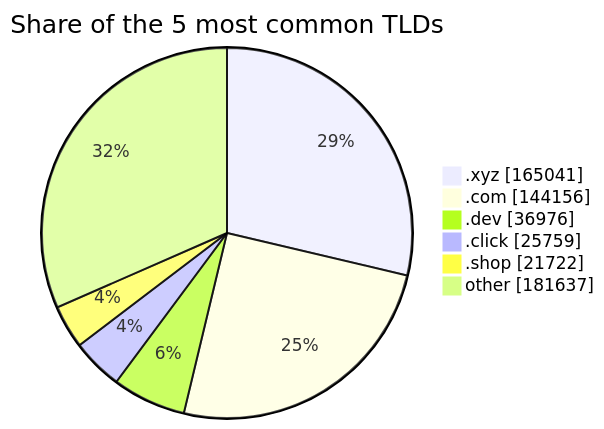
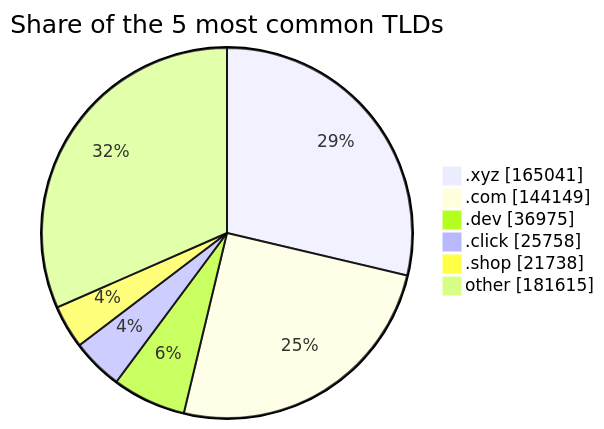
One commit to DNSBunker/CTI changed the third of 3 diagrams in README.md. Above: the diagram before and after it, drawn with Mermaid. The commit also changed other lines of this file and 3 other files, not shown here.

````diff
--- a/README.md
+++ b/README.md
@@ -81,9 +81,9 @@
 ```mermaid
 pie showData title Share of the 5 most common TLDs
     ".xyz" : 165041
-    ".com" : 144156
-    ".dev" : 36976
-    ".click" : 25759
-    ".shop" : 21722
-    "other" : 181637
+    ".com" : 144149
+    ".dev" : 36975
+    ".click" : 25758
+    ".shop" : 21738
+    "other" : 181615
 ```
````
